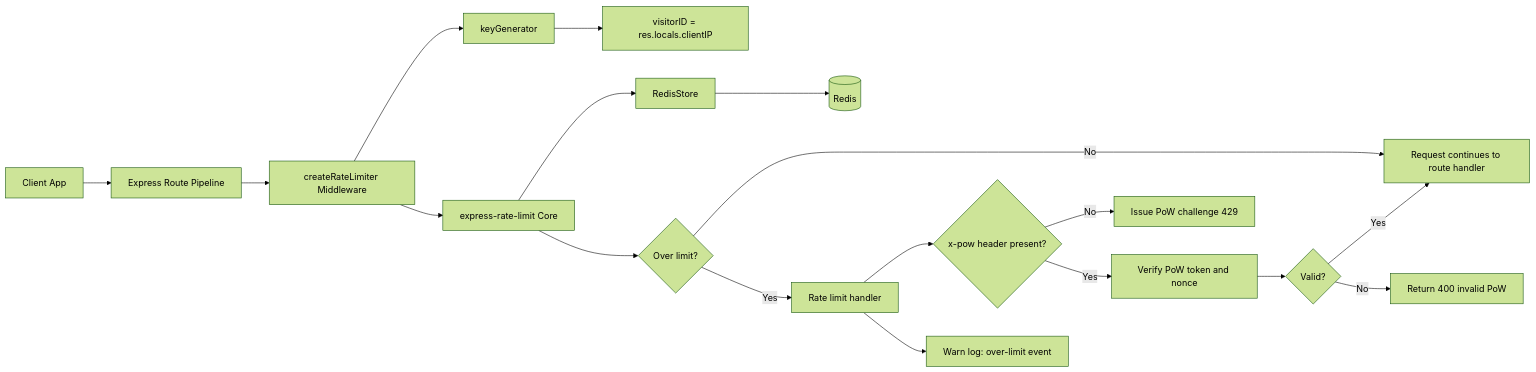
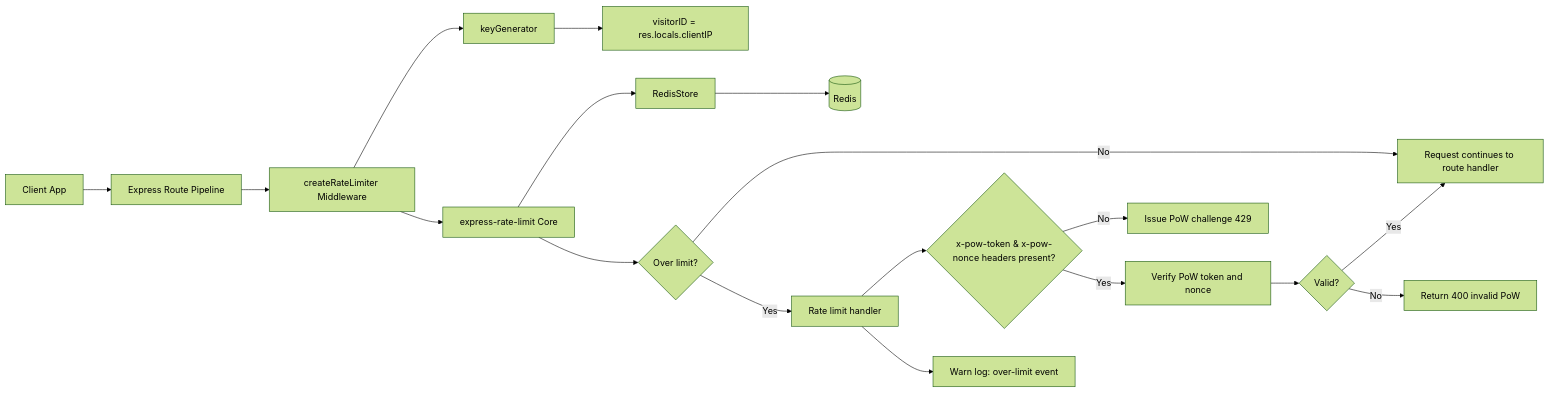
Before and after one commit to IamDevTrivedi/Trimium: the first of 6 diagrams in docs/architecture/RATE_LIMITER_ARCHITECTURE.md, drawn with Mermaid (forest theme). The commit also changed other lines of this file and 4 other files, not shown here.

````diff
--- a/docs/architecture/RATE_LIMITER_ARCHITECTURE.md
+++ b/docs/architecture/RATE_LIMITER_ARCHITECTURE.md
@@ -18,26 +18,26 @@
 ```mermaid
 flowchart LR
     A[Client App] --> B[Express Route Pipeline]
     B --> C[createRateLimiter Middleware]
 
     C --> D[keyGenerator]
     D --> E[visitorID = res.locals.clientIP]
 
     C --> F[express-rate-limit Core]
     F --> G[RedisStore]
     G --> H[(Redis)]
 
     F --> I{Over limit?}
     I -- No --> J[Request continues to route handler]
     I -- Yes --> K[Rate limit handler]
 
-    K --> L{x-pow header present?}
+    K --> L{x-pow-token & x-pow-nonce headers present?}
     L -- No --> M[Issue PoW challenge 429]
     L -- Yes --> N[Verify PoW token and nonce]
 
     N --> O{Valid?}
     O -- Yes --> J
     O -- No --> P[Return 400 invalid PoW]
 
     K --> Q[Warn log: over-limit event]
 ```
````
